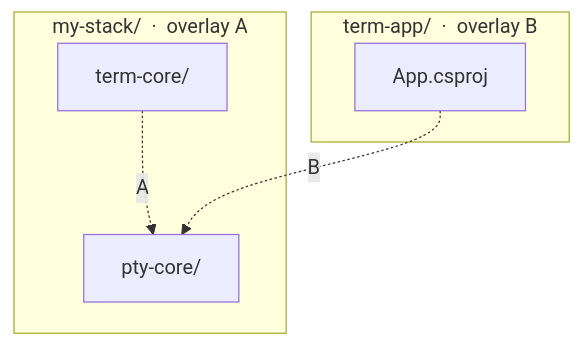
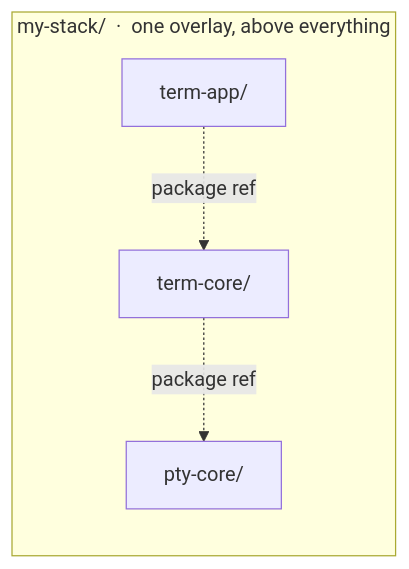
One commit to rigsmith/rigsmith changed the second of 3 diagrams in site/rig/stack.md. Above: the diagram before and after it, drawn with Mermaid. The commit also changed other lines of this file and 1 other file, not shown here.

````diff
--- a/site/rig/stack.md
+++ b/site/rig/stack.md
@@ -88,14 +72,11 @@
 ```mermaid
 flowchart TB
-    subgraph APPTREE["term-app/ &nbsp;·&nbsp; overlay B"]
-        APP["App.csproj"]
-    end
-
-    subgraph WSTREE["my-stack/ &nbsp;·&nbsp; overlay A"]
+    subgraph WS["my-stack/ &nbsp;·&nbsp; one overlay, above everything"]
+        direction TB
+        APP["term-app/"]
         TRM["term-core/"]
         PTY["pty-core/"]
-        TRM -. "A" .-> PTY
+        APP -. "package ref" .-> TRM
+        TRM -. "package ref" .-> PTY
     end
-
-    APP -. "B" .-> PTY
 ```
````
